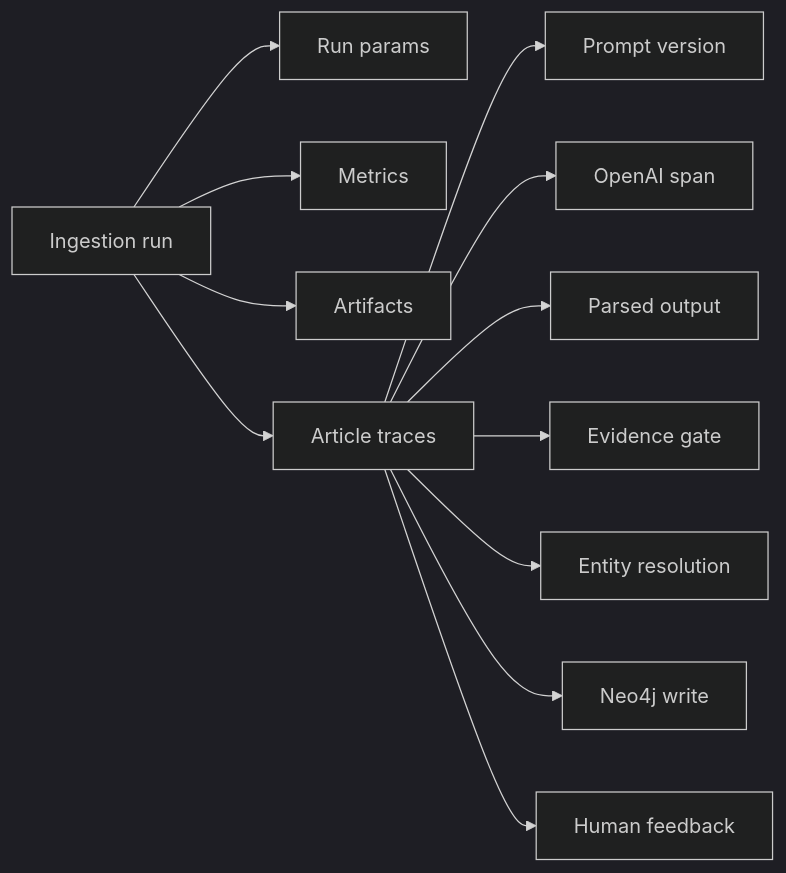
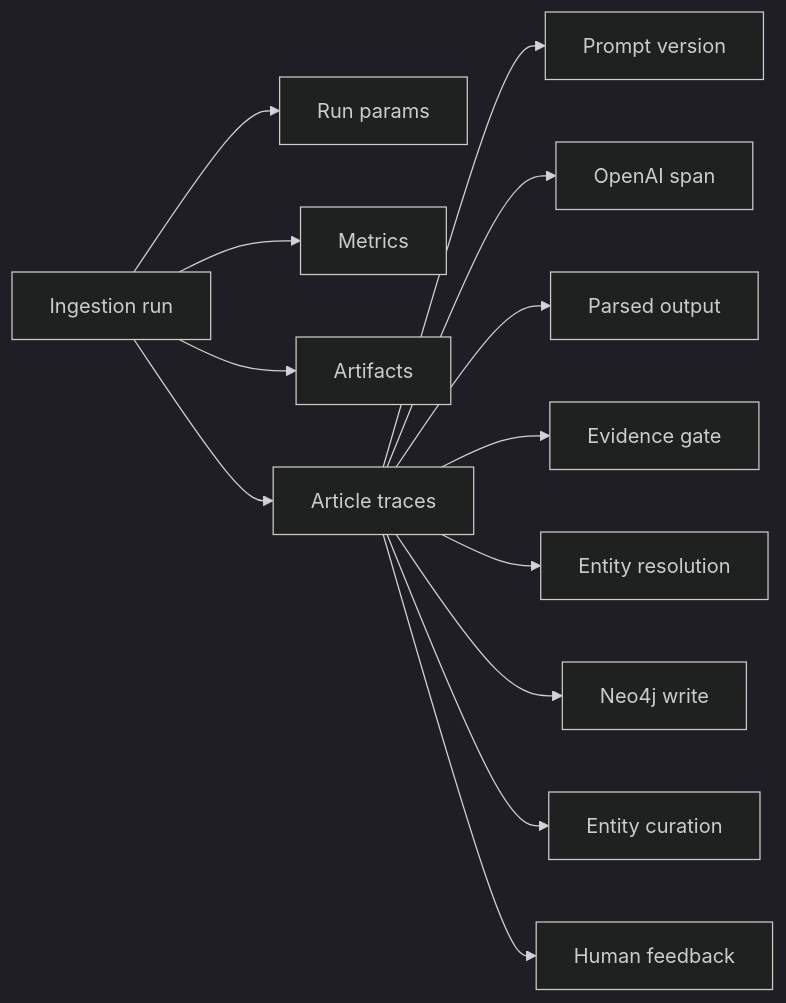
One commit to chenkel-data/Startup-Radar changed the fifth of 5 diagrams in README.md. Above: the diagram before and after it, drawn with Mermaid (dark theme). The commit also changed other lines of this file and 9 other files, not shown here.

````diff
--- a/README.md
+++ b/README.md
@@ -245,15 +287,16 @@
 ```mermaid
 flowchart LR
   Run[Ingestion run] --> A[Run params]
   Run --> M[Metrics]
   Run --> Artifacts[Artifacts]
   Run --> Traces[Article traces]
 
   Traces --> Prompt[Prompt version]
   Traces --> Model[OpenAI span]
   Traces --> Parsed[Parsed output]
   Traces --> Gate[Evidence gate]
   Traces --> Resolve[Entity resolution]
   Traces --> Write[Neo4j write]
+  Traces --> Curation[Entity curation]
   Traces --> Feedback[Human feedback]
 ```
````
